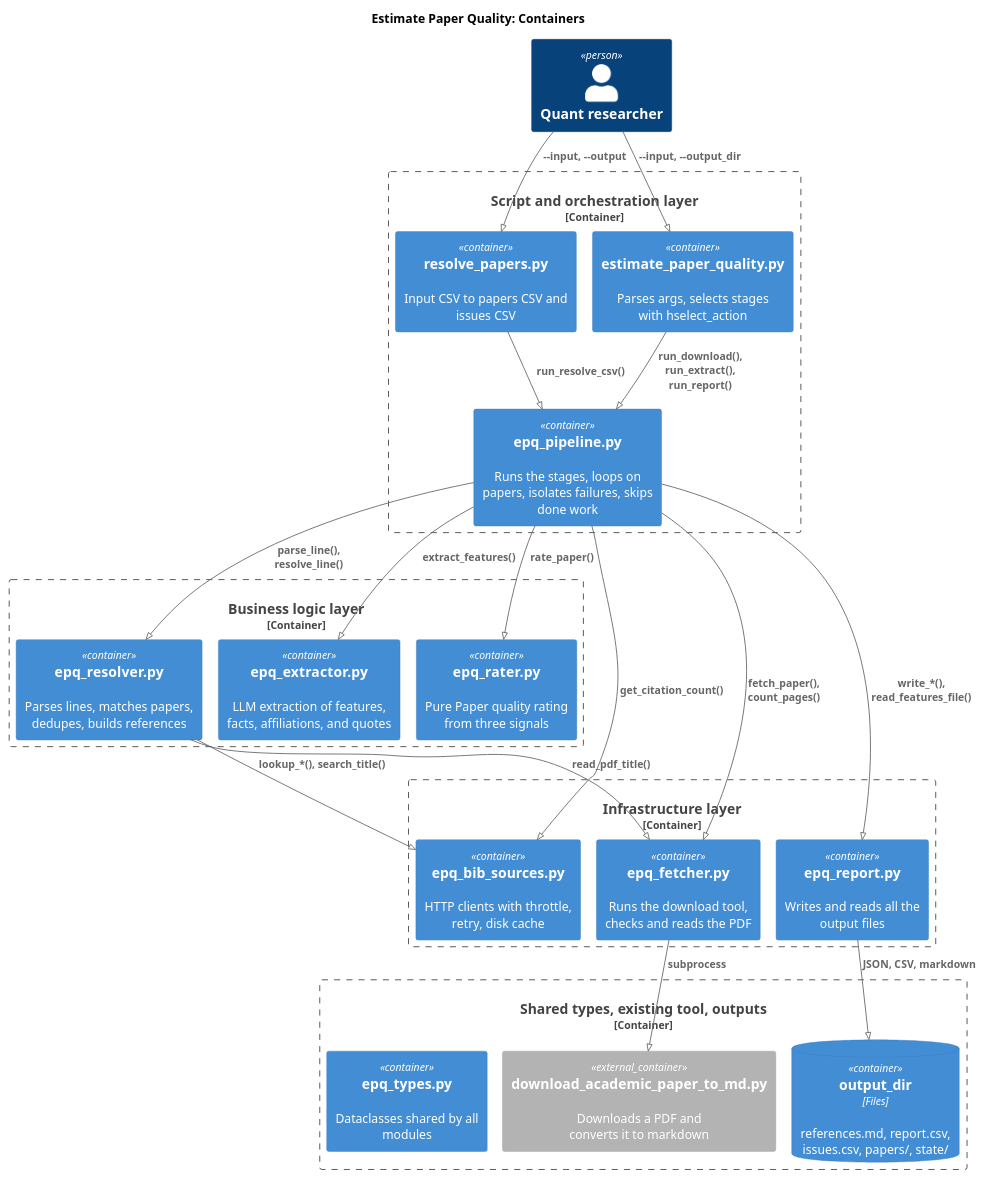
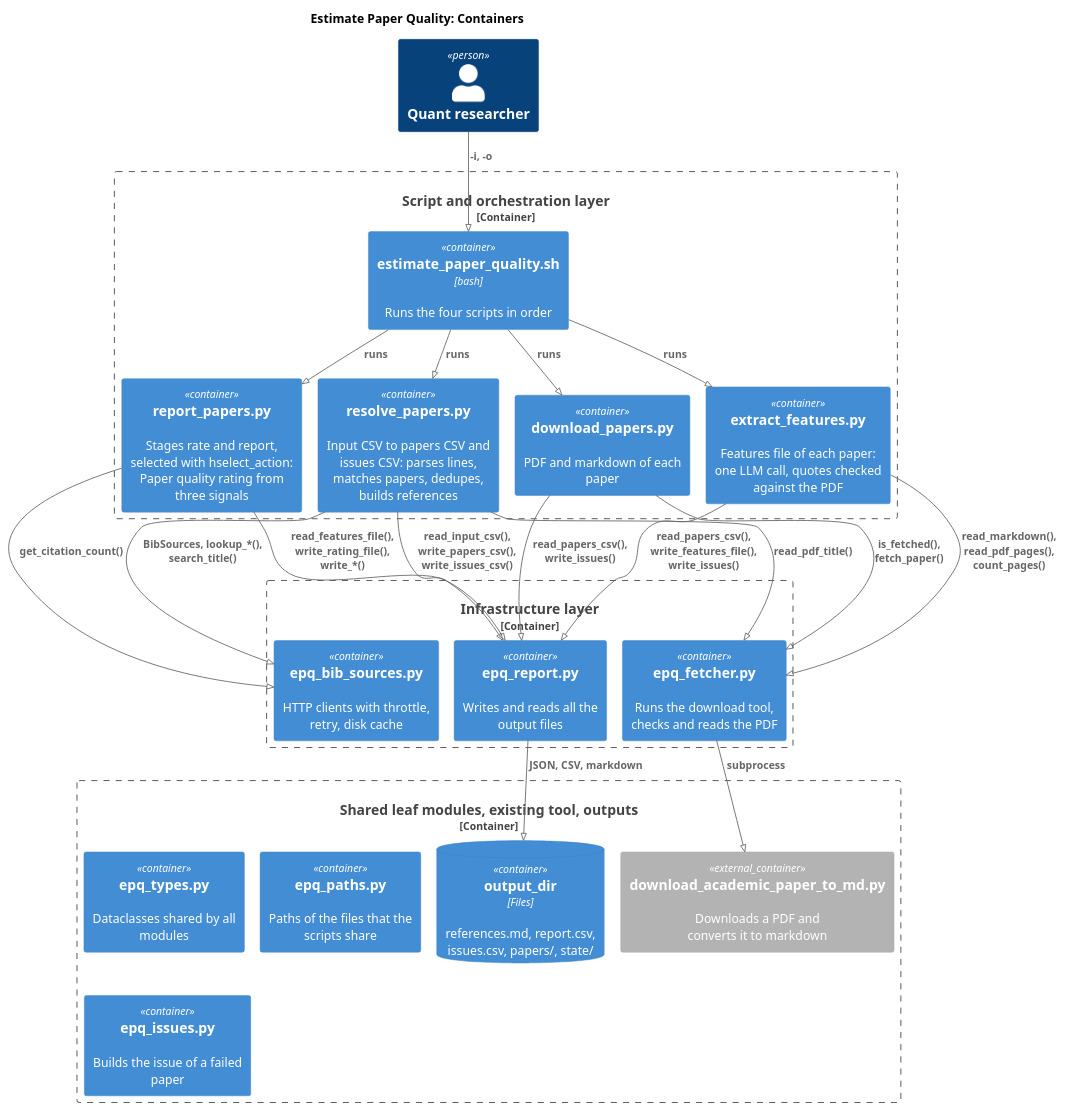
The second of 2 diagrams in research/Estimate_academic_paper_quality/docs/02-design.architecture.md (gpsaggese/gpsaggese.github.io), drawn with PlantUML before and after one commit. The commit also changed other lines of this file and 44 other files, not shown here.

````diff
--- a/research/Estimate_academic_paper_quality/docs/02-design.architecture.md
+++ b/research/Estimate_academic_paper_quality/docs/02-design.architecture.md
@@ -76,46 +84,46 @@
 ```plantuml
 !pragma layout smetana
 !include <C4/C4_Container>
 LAYOUT_TOP_DOWN()
 title Estimate Paper Quality: Containers
 Person(user, "Quant researcher")
 
 Container_Boundary(script, "Script and orchestration layer") {
-  Container(rcli, "resolve_papers.py", "", "Input CSV to papers CSV and issues CSV")
-  Container(cli, "estimate_paper_quality.py", "", "Parses args, selects stages with hselect_action")
-  Container(pipeline, "epq_pipeline.py", "", "Runs the stages, loops on papers, isolates failures, skips done work")
-}
-
-Container_Boundary(logic, "Business logic layer") {
-  Container(resolver, "epq_resolver.py", "", "Parses lines, matches papers, dedupes, builds references")
-  Container(extractor, "epq_extractor.py", "", "LLM extraction of features, facts, affiliations, and quotes")
-  Container(rater, "epq_rater.py", "", "Pure Paper quality rating from three signals")
+  Container(sh, "estimate_paper_quality.sh", "bash", "Runs the four scripts in order")
+  Container(rcli, "resolve_papers.py", "", "Input CSV to papers CSV and issues CSV: parses lines, matches papers, dedupes, builds references")
+  Container(dcli, "download_papers.py", "", "PDF and markdown of each paper")
+  Container(ecli, "extract_features.py", "", "Features file of each paper: one LLM call, quotes checked against the PDF")
+  Container(pcli, "report_papers.py", "", "Stages rate and report, selected with hselect_action: Paper quality rating from three signals")
 }
 
 Container_Boundary(infra, "Infrastructure layer") {
   Container(bib, "epq_bib_sources.py", "", "HTTP clients with throttle, retry, disk cache")
   Container(fetcher, "epq_fetcher.py", "", "Runs the download tool, checks and reads the PDF")
   Container(report, "epq_report.py", "", "Writes and reads all the output files")
 }
 
-Container_Boundary(ext, "Shared types, existing tool, outputs") {
+Container_Boundary(ext, "Shared leaf modules, existing tool, outputs") {
   Container_Ext(tool, "download_academic_paper_to_md.py", "", "Downloads a PDF and converts it to markdown")
   ContainerDb(out, "output_dir", "Files", "references.md, report.csv, issues.csv, papers/, state/")
   Container(types, "epq_types.py", "", "Dataclasses shared by all modules")
+  Container(paths, "epq_paths.py", "", "Paths of the files that the scripts share")
+  Container(issues, "epq_issues.py", "", "Builds the issue of a failed paper")
 }
 
-Rel(user, rcli, "~-~-input, ~-~-output")
-Rel(user, cli, "~-~-input, ~-~-output_dir")
-Rel(rcli, pipeline, "run_resolve_csv()")
-Rel(cli, pipeline, "run_download(), run_extract(), run_report()")
-Rel(pipeline, resolver, "parse_line(), resolve_line()")
-Rel(pipeline, fetcher, "fetch_paper(), count_pages()")
-Rel(pipeline, extractor, "extract_features()")
-Rel(pipeline, rater, "rate_paper()")
-Rel(pipeline, report, "write_*(), read_features_file()")
-Rel(pipeline, bib, "get_citation_count()")
-Rel(resolver, bib, "lookup_*(), search_title()")
-Rel(resolver, fetcher, "read_pdf_title()")
+Rel(user, sh, "~-i, ~-o")
+Rel(sh, rcli, "runs")
+Rel(sh, dcli, "runs")
+Rel(sh, ecli, "runs")
+Rel(sh, pcli, "runs")
+Rel(rcli, bib, "BibSources, lookup_*(), search_title()")
+Rel(rcli, fetcher, "read_pdf_title()")
+Rel(rcli, report, "read_input_csv(), write_papers_csv(), write_issues_csv()")
+Rel(dcli, fetcher, "is_fetched(), fetch_paper()")
+Rel(dcli, report, "read_papers_csv(), write_issues()")
+Rel(ecli, fetcher, "read_markdown(), read_pdf_pages(), count_pages()")
+Rel(ecli, report, "read_papers_csv(), write_features_file(), write_issues()")
+Rel(pcli, bib, "get_citation_count()")
+Rel(pcli, report, "read_features_file(), write_rating_file(), write_*()")
 Rel(fetcher, tool, "subprocess")
 Rel(report, out, "JSON, CSV, markdown")
 ```
````
